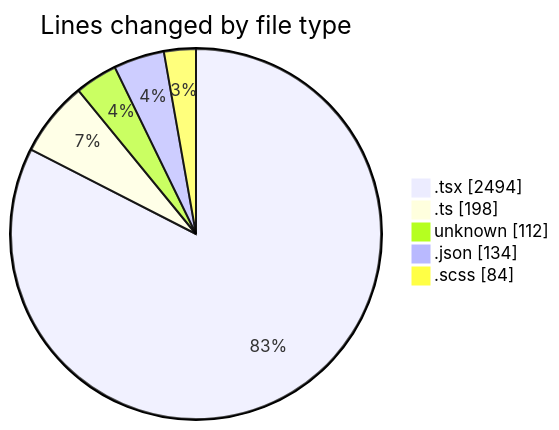
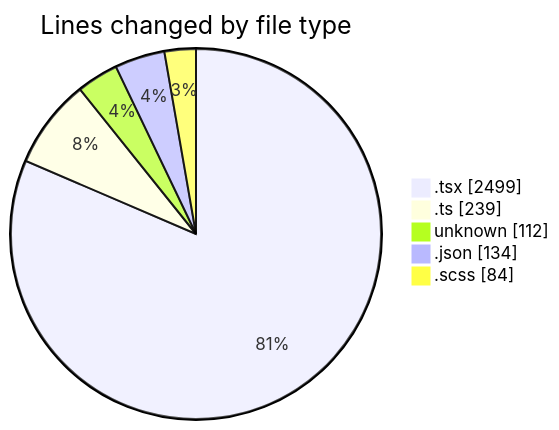
Before and after one commit to momahboobian/code-tracking: the first of 2 diagrams in 2026-04-28/cda/README.md, drawn with Mermaid. The commit also changed other lines of this file and 1 other file, not shown here.

````diff
--- a/2026-04-28/cda/README.md
+++ b/2026-04-28/cda/README.md
@@ -46,9 +46,9 @@
 ```mermaid
 pie showData
 title Lines changed by file type
-".tsx" : 2494
-".ts" : 198
+".tsx" : 2499
+".ts" : 239
 "unknown" : 112
 ".json" : 134
 ".scss" : 84
 ```
````
